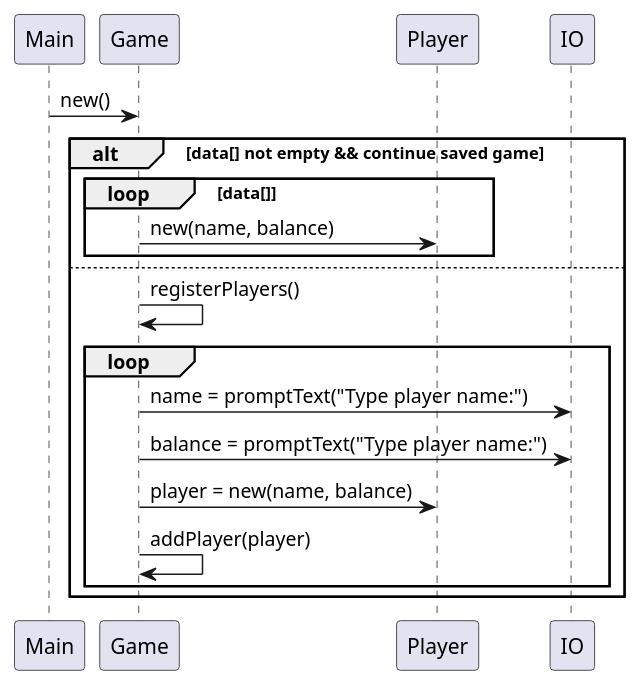
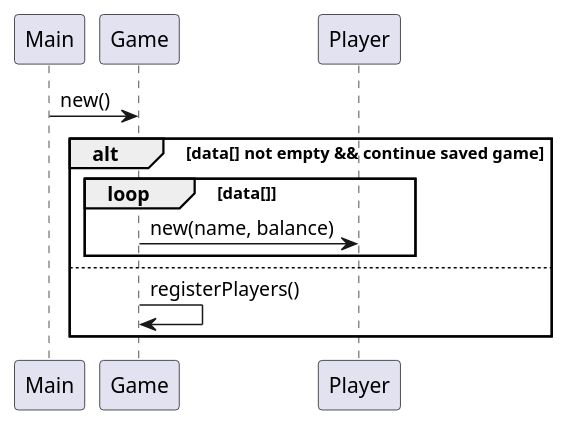
One commit to Dat1Cphbusiness/MonopolyE24 changed the diagram in doc/Plan/dynamic/sequence_UC1_startGame.puml. Above: the diagram before and after it, drawn with PlantUML. The commit also changed 1 other file, not shown here.

Commit message:
new diagram and rename

```diff
--- a/doc/Plan/dynamic/sequence_UC1_startGame.puml
+++ b/doc/Plan/dynamic/sequence_UC1_startGame.puml
@@ -1,21 +1,16 @@
 @startuml
 'https://plantuml.com/sequence-diagram
 
 Main -> Game: new()
 'indsæt de kald der mangler herfra og ned til at vi tjekker om der var noget spildata
 alt data[] not empty && continue saved game
 loop data[]
 Game -> Player: new(name, balance)
 end
 else
 Game -> Game: registerPlayers()
-loop
-Game -> IO: name = promptText("Type player name:")
-Game -> IO: balance = promptText("Type player name:")
-Game -> Player: player = new(name, balance)
-Game -> Game: addPlayer(player)
-end
+
 end
 'indsæt de to sidste kald
 
 @enduml
```
